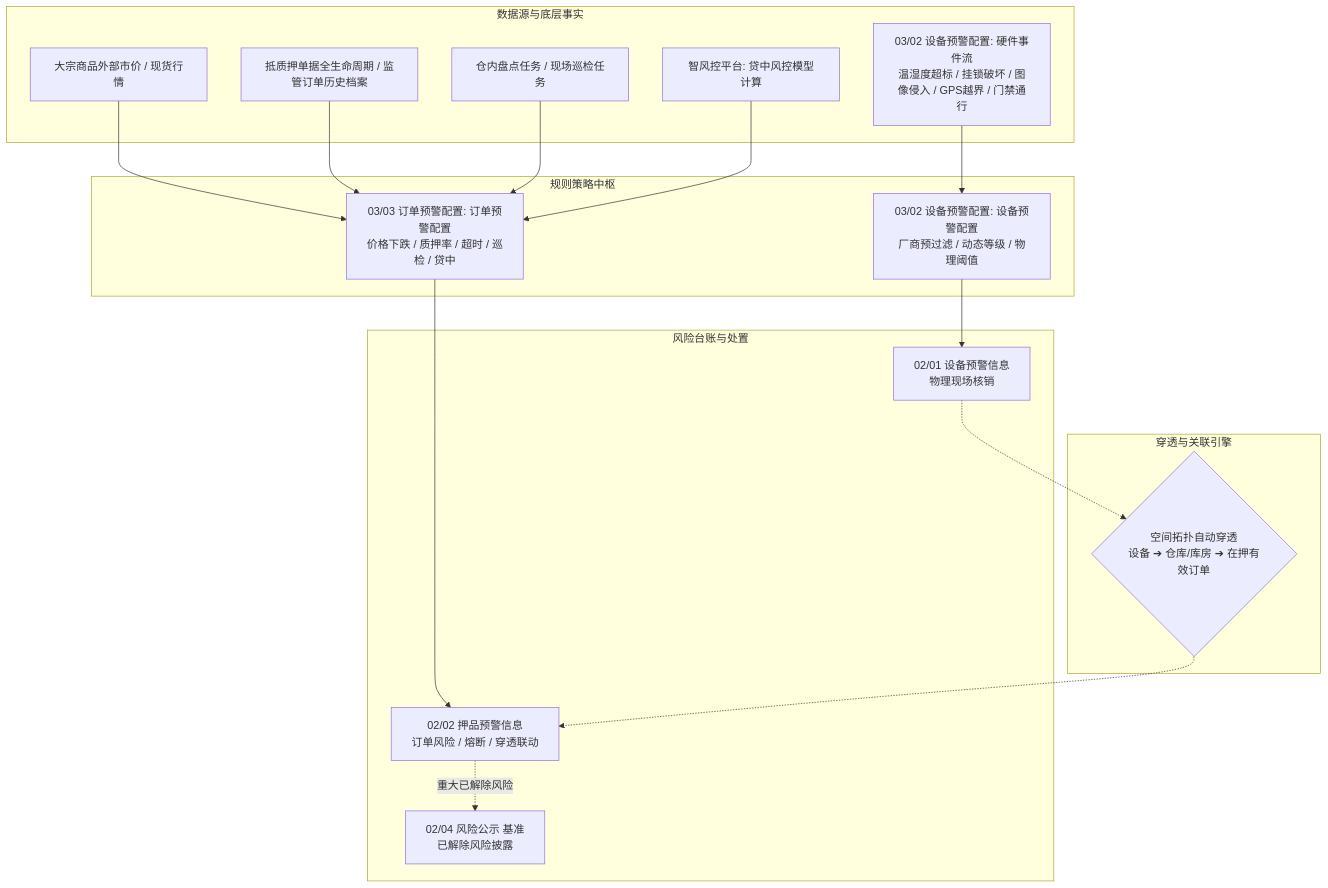
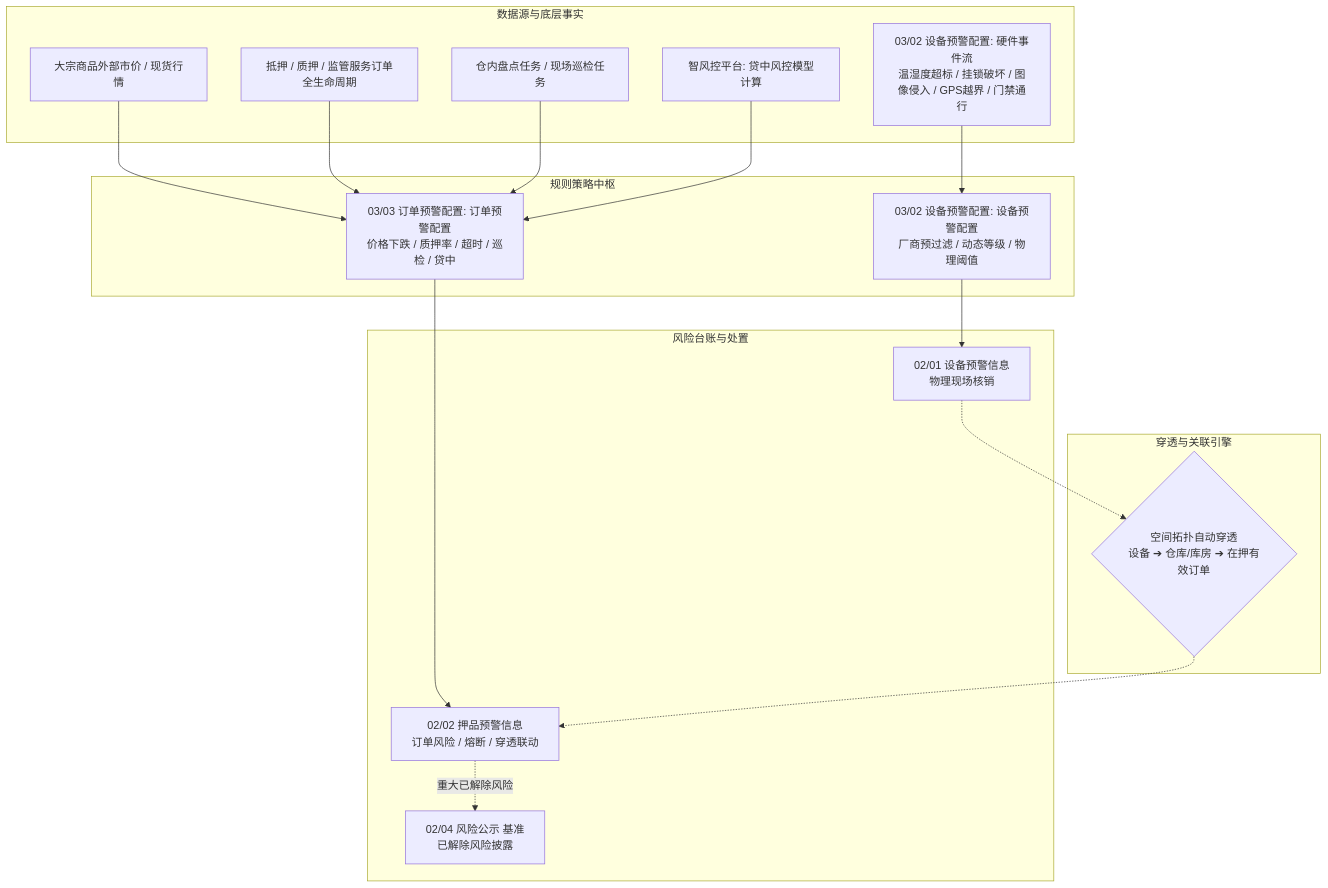
The first of 2 diagrams in 02-PRD文档/B-迭代需求/6.2版本（2026.08）/02-预警信息/协同规范/通知模板.md (RobertHuang999/SYZC), drawn with Mermaid before and after one commit. The commit also changed other lines of this file and 55 other files, not shown here.

````diff
--- a/02-PRD文档/B-迭代需求/6.2版本（2026.08）/02-预警信息/协同规范/通知模板.md
+++ b/02-PRD文档/B-迭代需求/6.2版本（2026.08）/02-预警信息/协同规范/通知模板.md
@@ -21,30 +21,30 @@
 ```mermaid
 flowchart TD
     subgraph S1[数据源与底层事实]
         MKT[大宗商品外部市价 / 现货行情]
-        BIZ_DOC[抵质押单据全生命周期 / 监管订单历史档案]
+        BIZ_DOC[抵押 / 质押 / 监管服务订单全生命周期]
         CHK_TASK[仓内盘点任务 / 现场巡检任务]
         ZFK[智风控平台: 贷中风控模型计算]
         IOT_SYS[03/02 设备预警配置: 硬件事件流<br>温湿度超标 / 挂锁破坏 / 图像侵入 / GPS越界 / 门禁通行]
     end
 
     subgraph S2[规则策略中枢]
         CFG_FIN[03/03 订单预警配置: 订单预警配置<br>价格下跌 / 质押率 / 超时 / 巡检 / 贷中]
         CFG_IOT[03/02 设备预警配置: 设备预警配置<br>厂商预过滤 / 动态等级 / 物理阈值]
     end
 
     subgraph S3[穿透与关联引擎]
         PENETRATE{空间拓扑自动穿透<br>设备 ➔ 仓库/库房 ➔ 在押有效订单}
     end
 
     subgraph S4[风险台账与处置]
         INFO_DEV[02/01 设备预警信息<br>物理现场核销]
         INFO_COL[02/02 押品预警信息<br>订单风险 / 熔断 / 穿透联动]
         INFO_PUB[02/04 风险公示 基准<br>已解除风险披露]
     end
 
     MKT & BIZ_DOC & CHK_TASK & ZFK --> CFG_FIN --> INFO_COL
     IOT_SYS --> CFG_IOT --> INFO_DEV
     INFO_DEV -.-> PENETRATE -.-> INFO_COL
     INFO_COL -.重大已解除风险.-> INFO_PUB
 ```
````
